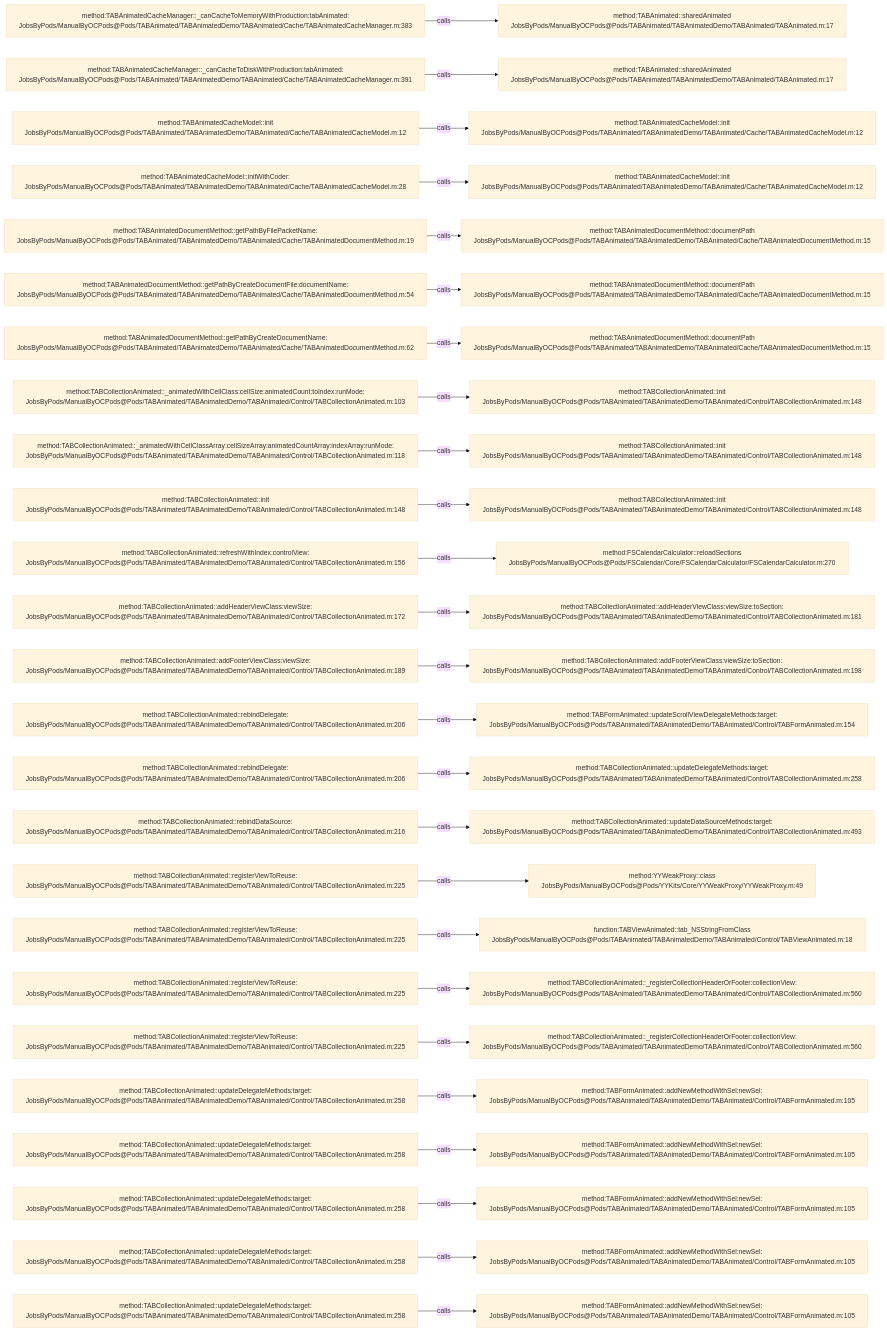
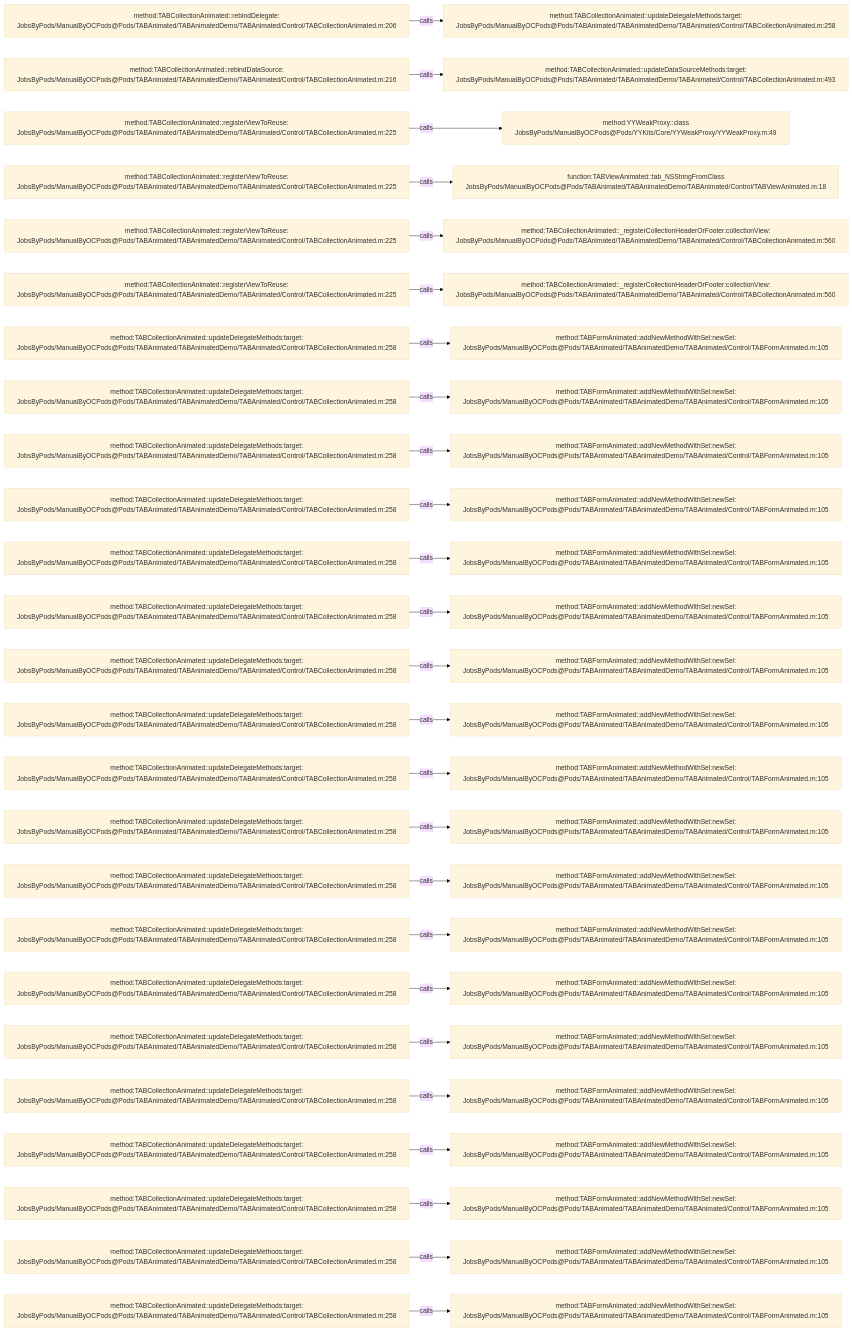
Before and after one commit to JobsKits/JobsOCBaseConfigDemo: the diagram in .codegraph/codegraph.md/graphs/calls-023.md, drawn with Mermaid (base theme). The commit also changed 296 other files, not shown here.

````diff
--- a/.codegraph/codegraph.md/graphs/calls-023.md
+++ b/.codegraph/codegraph.md/graphs/calls-023.md
@@ -13,78 +13,78 @@
 ```mermaid
 flowchart LR
-  S1["method:TABAnimatedCacheManager::_canCacheToMemoryWithProduction:tabAnimated:<br/>JobsByPods/ManualByOCPods@Pods/TABAnimated/TABAnimatedDemo/TABAnimated/Cache/TABAnimatedCacheManager.m:383"]
-  T1["method:TABAnimated::sharedAnimated<br/>JobsByPods/ManualByOCPods@Pods/TABAnimated/TABAnimatedDemo/TABAnimated/TABAnimated.m:17"]
+  S1["method:TABCollectionAnimated::rebindDelegate:<br/>JobsByPods/ManualByOCPods@Pods/TABAnimated/TABAnimatedDemo/TABAnimated/Control/TABCollectionAnimated.m:206"]
+  T1["method:TABCollectionAnimated::updateDelegateMethods:target:<br/>JobsByPods/ManualByOCPods@Pods/TABAnimated/TABAnimatedDemo/TABAnimated/Control/TABCollectionAnimated.m:258"]
   S1 -->|calls| T1
-  S2["method:TABAnimatedCacheManager::_canCacheToDiskWithProduction:tabAnimated:<br/>JobsByPods/ManualByOCPods@Pods/TABAnimated/TABAnimatedDemo/TABAnimated/Cache/TABAnimatedCacheManager.m:391"]
-  T2["method:TABAnimated::sharedAnimated<br/>JobsByPods/ManualByOCPods@Pods/TABAnimated/TABAnimatedDemo/TABAnimated/TABAnimated.m:17"]
+  S2["method:TABCollectionAnimated::rebindDataSource:<br/>JobsByPods/ManualByOCPods@Pods/TABAnimated/TABAnimatedDemo/TABAnimated/Control/TABCollectionAnimated.m:216"]
+  T2["method:TABCollectionAnimated::updateDataSourceMethods:target:<br/>JobsByPods/ManualByOCPods@Pods/TABAnimated/TABAnimatedDemo/TABAnimated/Control/TABCollectionAnimated.m:493"]
   S2 -->|calls| T2
-  S3["method:TABAnimatedCacheModel::init<br/>JobsByPods/ManualByOCPods@Pods/TABAnimated/TABAnimatedDemo/TABAnimated/Cache/TABAnimatedCacheModel.m:12"]
-  T3["method:TABAnimatedCacheModel::init<br/>JobsByPods/ManualByOCPods@Pods/TABAnimated/TABAnimatedDemo/TABAnimated/Cache/TABAnimatedCacheModel.m:12"]
+  S3["method:TABCollectionAnimated::registerViewToReuse:<br/>JobsByPods/ManualByOCPods@Pods/TABAnimated/TABAnimatedDemo/TABAnimated/Control/TABCollectionAnimated.m:225"]
+  T3["method:YYWeakProxy::class<br/>JobsByPods/ManualByOCPods@Pods/YYKits/Core/YYWeakProxy/YYWeakProxy.m:49"]
   S3 -->|calls| T3
-  S4["method:TABAnimatedCacheModel::initWithCoder:<br/>JobsByPods/ManualByOCPods@Pods/TABAnimated/TABAnimatedDemo/TABAnimated/Cache/TABAnimatedCacheModel.m:28"]
-  T4["method:TABAnimatedCacheModel::init<br/>JobsByPods/ManualByOCPods@Pods/TABAnimated/TABAnimatedDemo/TABAnimated/Cache/TABAnimatedCacheModel.m:12"]
+  S4["method:TABCollectionAnimated::registerViewToReuse:<br/>JobsByPods/ManualByOCPods@Pods/TABAnimated/TABAnimatedDemo/TABAnimated/Control/TABCollectionAnimated.m:225"]
+  T4["function:TABViewAnimated::tab_NSStringFromClass<br/>JobsByPods/ManualByOCPods@Pods/TABAnimated/TABAnimatedDemo/TABAnimated/Control/TABViewAnimated.m:18"]
   S4 -->|calls| T4
-  S5["method:TABAnimatedDocumentMethod::getPathByFilePacketName:<br/>JobsByPods/ManualByOCPods@Pods/TABAnimated/TABAnimatedDemo/TABAnimated/Cache/TABAnimatedDocumentMethod.m:19"]
-  T5["method:TABAnimatedDocumentMethod::documentPath<br/>JobsByPods/ManualByOCPods@Pods/TABAnimated/TABAnimatedDemo/TABAnimated/Cache/TABAnimatedDocumentMethod.m:15"]
+  S5["method:TABCollectionAnimated::registerViewToReuse:<br/>JobsByPods/ManualByOCPods@Pods/TABAnimated/TABAnimatedDemo/TABAnimated/Control/TABCollectionAnimated.m:225"]
+  T5["method:TABCollectionAnimated::_registerCollectionHeaderOrFooter:collectionView:<br/>JobsByPods/ManualByOCPods@Pods/TABAnimated/TABAnimatedDemo/TABAnimated/Control/TABCollectionAnimated.m:560"]
   S5 -->|calls| T5
-  S6["method:TABAnimatedDocumentMethod::getPathByCreateDocumentFile:documentName:<br/>JobsByPods/ManualByOCPods@Pods/TABAnimated/TABAnimatedDemo/TABAnimated/Cache/TABAnimatedDocumentMethod.m:54"]
-  T6["method:TABAnimatedDocumentMethod::documentPath<br/>JobsByPods/ManualByOCPods@Pods/TABAnimated/TABAnimatedDemo/TABAnimated/Cache/TABAnimatedDocumentMethod.m:15"]
+  S6["method:TABCollectionAnimated::registerViewToReuse:<br/>JobsByPods/ManualByOCPods@Pods/TABAnimated/TABAnimatedDemo/TABAnimated/Control/TABCollectionAnimated.m:225"]
+  T6["method:TABCollectionAnimated::_registerCollectionHeaderOrFooter:collectionView:<br/>JobsByPods/ManualByOCPods@Pods/TABAnimated/TABAnimatedDemo/TABAnimated/Control/TABCollectionAnimated.m:560"]
   S6 -->|calls| T6
-  S7["method:TABAnimatedDocumentMethod::getPathByCreateDocumentName:<br/>JobsByPods/ManualByOCPods@Pods/TABAnimated/TABAnimatedDemo/TABAnimated/Cache/TABAnimatedDocumentMethod.m:62"]
-  T7["method:TABAnimatedDocumentMethod::documentPath<br/>JobsByPods/ManualByOCPods@Pods/TABAnimated/TABAnimatedDemo/TABAnimated/Cache/TABAnimatedDocumentMethod.m:15"]
+  S7["method:TABCollectionAnimated::updateDelegateMethods:target:<br/>JobsByPods/ManualByOCPods@Pods/TABAnimated/TABAnimatedDemo/TABAnimated/Control/TABCollectionAnimated.m:258"]
+  T7["method:TABFormAnimated::addNewMethodWithSel:newSel:<br/>JobsByPods/ManualByOCPods@Pods/TABAnimated/TABAnimatedDemo/TABAnimated/Control/TABFormAnimated.m:105"]
   S7 -->|calls| T7
-  S8["method:TABCollectionAnimated::_animatedWithCellClass:cellSize:animatedCount:toIndex:runMode:<br/>JobsByPods/ManualByOCPods@Pods/TABAnimated/TABAnimatedDemo/TABAnimated/Control/TABCollectionAnimated.m:103"]
-  T8["method:TABCollectionAnimated::init<br/>JobsByPods/ManualByOCPods@Pods/TABAnimated/TABAnimatedDemo/TABAnimated/Control/TABCollectionAnimated.m:148"]
+  S8["method:TABCollectionAnimated::updateDelegateMethods:target:<br/>JobsByPods/ManualByOCPods@Pods/TABAnimated/TABAnimatedDemo/TABAnimated/Control/TABCollectionAnimated.m:258"]
+  T8["method:TABFormAnimated::addNewMethodWithSel:newSel:<br/>JobsByPods/ManualByOCPods@Pods/TABAnimated/TABAnimatedDemo/TABAnimated/Control/TABFormAnimated.m:105"]
   S8 -->|calls| T8
-  S9["method:TABCollectionAnimated::_animatedWithCellClassArray:cellSizeArray:animatedCountArray:indexArray:runMode:<br/>JobsByPods/ManualByOCPods@Pods/TABAnimated/TABAnimatedDemo/TABAnimated/Control/TABCollectionAnimated.m:118"]
-  T9["method:TABCollectionAnimated::init<br/>JobsByPods/ManualByOCPods@Pods/TABAnimated/TABAnimatedDemo/TABAnimated/Control/TABCollectionAnimated.m:148"]
+  S9["method:TABCollectionAnimated::updateDelegateMethods:target:<br/>JobsByPods/ManualByOCPods@Pods/TABAnimated/TABAnimatedDemo/TABAnimated/Control/TABCollectionAnimated.m:258"]
+  T9["method:TABFormAnimated::addNewMethodWithSel:newSel:<br/>JobsByPods/ManualByOCPods@Pods/TABAnimated/TABAnimatedDemo/TABAnimated/Control/TABFormAnimated.m:105"]
   S9 -->|calls| T9
-  S10["method:TABCollectionAnimated::init<br/>JobsByPods/ManualByOCPods@Pods/TABAnimated/TABAnimatedDemo/TABAnimated/Control/TABCollectionAnimated.m:148"]
-  T10["method:TABCollectionAnimated::init<br/>JobsByPods/ManualByOCPods@Pods/TABAnimated/TABAnimatedDemo/TABAnimated/Control/TABCollectionAnimated.m:148"]
+  S10["method:TABCollectionAnimated::updateDelegateMethods:target:<br/>JobsByPods/ManualByOCPods@Pods/TABAnimated/TABAnimatedDemo/TABAnimated/Control/TABCollectionAnimated.m:258"]
+  T10["method:TABFormAnimated::addNewMethodWithSel:newSel:<br/>JobsByPods/ManualByOCPods@Pods/TABAnimated/TABAnimatedDemo/TABAnimated/Control/TABFormAnimated.m:105"]
   S10 -->|calls| T10
-  S11["method:TABCollectionAnimated::refreshWithIndex:controlView:<br/>JobsByPods/ManualByOCPods@Pods/TABAnimated/TABAnimatedDemo/TABAnimated/Control/TABCollectionAnimated.m:156"]
-  T11["method:FSCalendarCalculator::reloadSections<br/>JobsByPods/ManualByOCPods@Pods/FSCalendar/Core/FSCalendarCalculator/FSCalendarCalculator.m:270"]
+  S11["method:TABCollectionAnimated::updateDelegateMethods:target:<br/>JobsByPods/ManualByOCPods@Pods/TABAnimated/TABAnimatedDemo/TABAnimated/Control/TABCollectionAnimated.m:258"]
+  T11["method:TABFormAnimated::addNewMethodWithSel:newSel:<br/>JobsByPods/ManualByOCPods@Pods/TABAnimated/TABAnimatedDemo/TABAnimated/Control/TABFormAnimated.m:105"]
   S11 -->|calls| T11
-  S12["method:TABCollectionAnimated::addHeaderViewClass:viewSize:<br/>JobsByPods/ManualByOCPods@Pods/TABAnimated/TABAnimatedDemo/TABAnimated/Control/TABCollectionAnimated.m:172"]
-  T12["method:TABCollectionAnimated::addHeaderViewClass:viewSize:toSection:<br/>JobsByPods/ManualByOCPods@Pods/TABAnimated/TABAnimatedDemo/TABAnimated/Control/TABCollectionAnimated.m:181"]
+  S12["method:TABCollectionAnimated::updateDelegateMethods:target:<br/>JobsByPods/ManualByOCPods@Pods/TABAnimated/TABAnimatedDemo/TABAnimated/Control/TABCollectionAnimated.m:258"]
+  T12["method:TABFormAnimated::addNewMethodWithSel:newSel:<br/>JobsByPods/ManualByOCPods@Pods/TABAnimated/TABAnimatedDemo/TABAnimated/Control/TABFormAnimated.m:105"]
   S12 -->|calls| T12
-  S13["method:TABCollectionAnimated::addFooterViewClass:viewSize:<br/>JobsByPods/ManualByOCPods@Pods/TABAnimated/TABAnimatedDemo/TABAnimated/Control/TABCollectionAnimated.m:189"]
-  T13["method:TABCollectionAnimated::addFooterViewClass:viewSize:toSection:<br/>JobsByPods/ManualByOCPods@Pods/TABAnimated/TABAnimatedDemo/TABAnimated/Control/TABCollectionAnimated.m:198"]
+  S13["method:TABCollectionAnimated::updateDelegateMethods:target:<br/>JobsByPods/ManualByOCPods@Pods/TABAnimated/TABAnimatedDemo/TABAnimated/Control/TABCollectionAnimated.m:258"]
+  T13["method:TABFormAnimated::addNewMethodWithSel:newSel:<br/>JobsByPods/ManualByOCPods@Pods/TABAnimated/TABAnimatedDemo/TABAnimated/Control/TABFormAnimated.m:105"]
   S13 -->|calls| T13
-  S14["method:TABCollectionAnimated::rebindDelegate:<br/>JobsByPods/ManualByOCPods@Pods/TABAnimated/TABAnimatedDemo/TABAnimated/Control/TABCollectionAnimated.m:206"]
-  T14["method:TABFormAnimated::updateScrollViewDelegateMethods:target:<br/>JobsByPods/ManualByOCPods@Pods/TABAnimated/TABAnimatedDemo/TABAnimated/Control/TABFormAnimated.m:154"]
+  S14["method:TABCollectionAnimated::updateDelegateMethods:target:<br/>JobsByPods/ManualByOCPods@Pods/TABAnimated/TABAnimatedDemo/TABAnimated/Control/TABCollectionAnimated.m:258"]
+  T14["method:TABFormAnimated::addNewMethodWithSel:newSel:<br/>JobsByPods/ManualByOCPods@Pods/TABAnimated/TABAnimatedDemo/TABAnimated/Control/TABFormAnimated.m:105"]
   S14 -->|calls| T14
-  S15["method:TABCollectionAnimated::rebindDelegate:<br/>JobsByPods/ManualByOCPods@Pods/TABAnimated/TABAnimatedDemo/TABAnimated/Control/TABCollectionAnimated.m:206"]
-  T15["method:TABCollectionAnimated::updateDelegateMethods:target:<br/>JobsByPods/ManualByOCPods@Pods/TABAnimated/TABAnimatedDemo/TABAnimated/Control/TABCollectionAnimated.m:258"]
+  S15["method:TABCollectionAnimated::updateDelegateMethods:target:<br/>JobsByPods/ManualByOCPods@Pods/TABAnimated/TABAnimatedDemo/TABAnimated/Control/TABCollectionAnimated.m:258"]
+  T15["method:TABFormAnimated::addNewMethodWithSel:newSel:<br/>JobsByPods/ManualByOCPods@Pods/TABAnimated/TABAnimatedDemo/TABAnimated/Control/TABFormAnimated.m:105"]
   S15 -->|calls| T15
-  S16["method:TABCollectionAnimated::rebindDataSource:<br/>JobsByPods/ManualByOCPods@Pods/TABAnimated/TABAnimatedDemo/TABAnimated/Control/TABCollectionAnimated.m:216"]
-  T16["method:TABCollectionAnimated::updateDataSourceMethods:target:<br/>JobsByPods/ManualByOCPods@Pods/TABAnimated/TABAnimatedDemo/TABAnimated/Control/TABCollectionAnimated.m:493"]
+  S16["method:TABCollectionAnimated::updateDelegateMethods:target:<br/>JobsByPods/ManualByOCPods@Pods/TABAnimated/TABAnimatedDemo/TABAnimated/Control/TABCollectionAnimated.m:258"]
+  T16["method:TABFormAnimated::addNewMethodWithSel:newSel:<br/>JobsByPods/ManualByOCPods@Pods/TABAnimated/TABAnimatedDemo/TABAnimated/Control/TABFormAnimated.m:105"]
   S16 -->|calls| T16
-  S17["method:TABCollectionAnimated::registerViewToReuse:<br/>JobsByPods/ManualByOCPods@Pods/TABAnimated/TABAnimatedDemo/TABAnimated/Control/TABCollectionAnimated.m:225"]
-  T17["method:YYWeakProxy::class<br/>JobsByPods/ManualByOCPods@Pods/YYKits/Core/YYWeakProxy/YYWeakProxy.m:49"]
+  S17["method:TABCollectionAnimated::updateDelegateMethods:target:<br/>JobsByPods/ManualByOCPods@Pods/TABAnimated/TABAnimatedDemo/TABAnimated/Control/TABCollectionAnimated.m:258"]
+  T17["method:TABFormAnimated::addNewMethodWithSel:newSel:<br/>JobsByPods/ManualByOCPods@Pods/TABAnimated/TABAnimatedDemo/TABAnimated/Control/TABFormAnimated.m:105"]
   S17 -->|calls| T17
-  S18["method:TABCollectionAnimated::registerViewToReuse:<br/>JobsByPods/ManualByOCPods@Pods/TABAnimated/TABAnimatedDemo/TABAnimated/Control/TABCollectionAnimated.m:225"]
-  T18["function:TABViewAnimated::tab_NSStringFromClass<br/>JobsByPods/ManualByOCPods@Pods/TABAnimated/TABAnimatedDemo/TABAnimated/Control/TABViewAnimated.m:18"]
+  S18["method:TABCollectionAnimated::updateDelegateMethods:target:<br/>JobsByPods/ManualByOCPods@Pods/TABAnimated/TABAnimatedDemo/TABAnimated/Control/TABCollectionAnimated.m:258"]
+  T18["method:TABFormAnimated::addNewMethodWithSel:newSel:<br/>JobsByPods/ManualByOCPods@Pods/TABAnimated/TABAnimatedDemo/TABAnimated/Control/TABFormAnimated.m:105"]
   S18 -->|calls| T18
-  S19["method:TABCollectionAnimated::registerViewToReuse:<br/>JobsByPods/ManualByOCPods@Pods/TABAnimated/TABAnimatedDemo/TABAnimated/Control/TABCollectionAnimated.m:225"]
-  T19["method:TABCollectionAnimated::_registerCollectionHeaderOrFooter:collectionView:<br/>JobsByPods/ManualByOCPods@Pods/TABAnimated/TABAnimatedDemo/TABAnimated/Control/TABCollectionAnimated.m:560"]
+  S19["method:TABCollectionAnimated::updateDelegateMethods:target:<br/>JobsByPods/ManualByOCPods@Pods/TABAnimated/TABAnimatedDemo/TABAnimated/Control/TABCollectionAnimated.m:258"]
+  T19["method:TABFormAnimated::addNewMethodWithSel:newSel:<br/>JobsByPods/ManualByOCPods@Pods/TABAnimated/TABAnimatedDemo/TABAnimated/Control/TABFormAnimated.m:105"]
   S19 -->|calls| T19
-  S20["method:TABCollectionAnimated::registerViewToReuse:<br/>JobsByPods/ManualByOCPods@Pods/TABAnimated/TABAnimatedDemo/TABAnimated/Control/TABCollectionAnimated.m:225"]
-  T20["method:TABCollectionAnimated::_registerCollectionHeaderOrFooter:collectionView:<br/>JobsByPods/ManualByOCPods@Pods/TABAnimated/TABAnimatedDemo/TABAnimated/Control/TABCollectionAnimated.m:560"]
+  S20["method:TABCollectionAnimated::updateDelegateMethods:target:<br/>JobsByPods/ManualByOCPods@Pods/TABAnimated/TABAnimatedDemo/TABAnimated/Control/TABCollectionAnimated.m:258"]
+  T20["method:TABFormAnimated::addNewMethodWithSel:newSel:<br/>JobsByPods/ManualByOCPods@Pods/TABAnimated/TABAnimatedDemo/TABAnimated/Control/TABFormAnimated.m:105"]
   S20 -->|calls| T20
   S21["method:TABCollectionAnimated::updateDelegateMethods:target:<br/>JobsByPods/ManualByOCPods@Pods/TABAnimated/TABAnimatedDemo/TABAnimated/Control/TABCollectionAnimated.m:258"]
   T21["method:TABFormAnimated::addNewMethodWithSel:newSel:<br/>JobsByPods/ManualByOCPods@Pods/TABAnimated/TABAnimatedDemo/TABAnimated/Control/TABFormAnimated.m:105"]
   S21 -->|calls| T21
   S22["method:TABCollectionAnimated::updateDelegateMethods:target:<br/>JobsByPods/ManualByOCPods@Pods/TABAnimated/TABAnimatedDemo/TABAnimated/Control/TABCollectionAnimated.m:258"]
   T22["method:TABFormAnimated::addNewMethodWithSel:newSel:<br/>JobsByPods/ManualByOCPods@Pods/TABAnimated/TABAnimatedDemo/TABAnimated/Control/TABFormAnimated.m:105"]
   S22 -->|calls| T22
   S23["method:TABCollectionAnimated::updateDelegateMethods:target:<br/>JobsByPods/ManualByOCPods@Pods/TABAnimated/TABAnimatedDemo/TABAnimated/Control/TABCollectionAnimated.m:258"]
   T23["method:TABFormAnimated::addNewMethodWithSel:newSel:<br/>JobsByPods/ManualByOCPods@Pods/TABAnimated/TABAnimatedDemo/TABAnimated/Control/TABFormAnimated.m:105"]
   S23 -->|calls| T23
   S24["method:TABCollectionAnimated::updateDelegateMethods:target:<br/>JobsByPods/ManualByOCPods@Pods/TABAnimated/TABAnimatedDemo/TABAnimated/Control/TABCollectionAnimated.m:258"]
   T24["method:TABFormAnimated::addNewMethodWithSel:newSel:<br/>JobsByPods/ManualByOCPods@Pods/TABAnimated/TABAnimatedDemo/TABAnimated/Control/TABFormAnimated.m:105"]
   S24 -->|calls| T24
   S25["method:TABCollectionAnimated::updateDelegateMethods:target:<br/>JobsByPods/ManualByOCPods@Pods/TABAnimated/TABAnimatedDemo/TABAnimated/Control/TABCollectionAnimated.m:258"]
   T25["method:TABFormAnimated::addNewMethodWithSel:newSel:<br/>JobsByPods/ManualByOCPods@Pods/TABAnimated/TABAnimatedDemo/TABAnimated/Control/TABFormAnimated.m:105"]
   S25 -->|calls| T25
 ```
````
